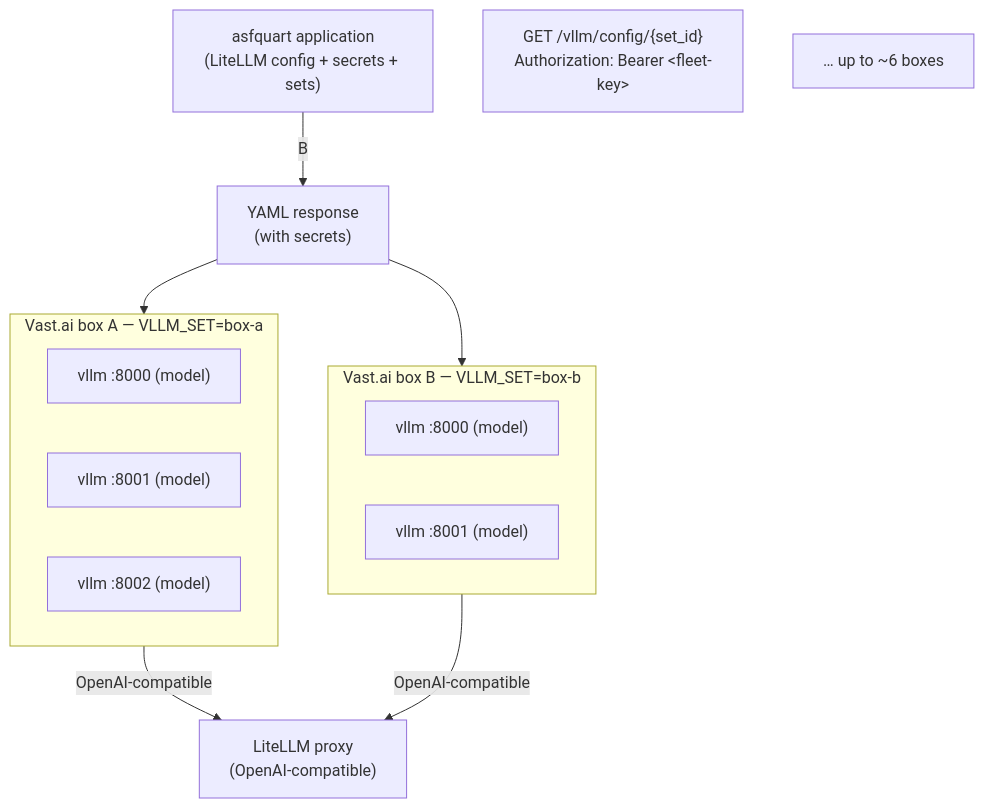
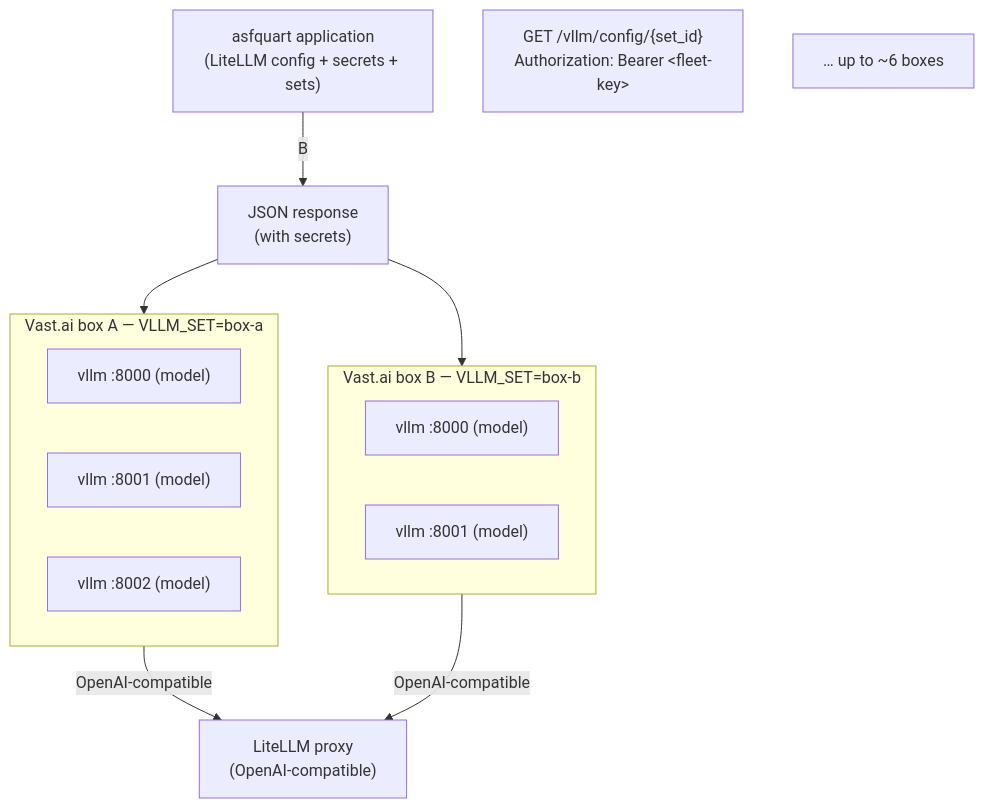
One commit to apache/tooling-llmao changed the diagram in docs/vllm-fleet-design.md. Above: the diagram before and after it, drawn with Mermaid. The commit also changed other lines of this file and 13 other files, not shown here.

````diff
--- a/docs/vllm-fleet-design.md
+++ b/docs/vllm-fleet-design.md
@@ -27,27 +27,27 @@
 ```mermaid
 flowchart TB
     A["asfquart application<br/>(LiteLLM config + secrets + sets)"]
     B["GET /vllm/config/{set_id}<br/>Authorization: Bearer &lt;fleet-key&gt;"]
-    C["YAML response<br/>(with secrets)"]
+    C["JSON response<br/>(with secrets)"]
 
     subgraph BoxA["Vast.ai box A — VLLM_SET=box-a"]
         A1["vllm :8000 (model)"]
         A2["vllm :8001 (model)"]
         A3["vllm :8002 (model)"]
     end
 
     subgraph BoxB["Vast.ai box B — VLLM_SET=box-b"]
         B1["vllm :8000 (model)"]
         B2["vllm :8001 (model)"]
     end
 
     Dots["… up to ~6 boxes"]
 
     L["LiteLLM proxy<br/>(OpenAI-compatible)"]
 
     A -- B --> C
     C --> BoxA
     C --> BoxB
     BoxA -- OpenAI-compatible --> L
     BoxB -- OpenAI-compatible --> L
 ```
````
